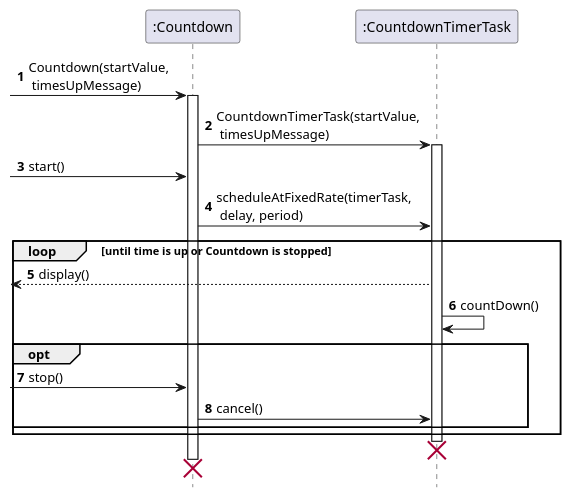
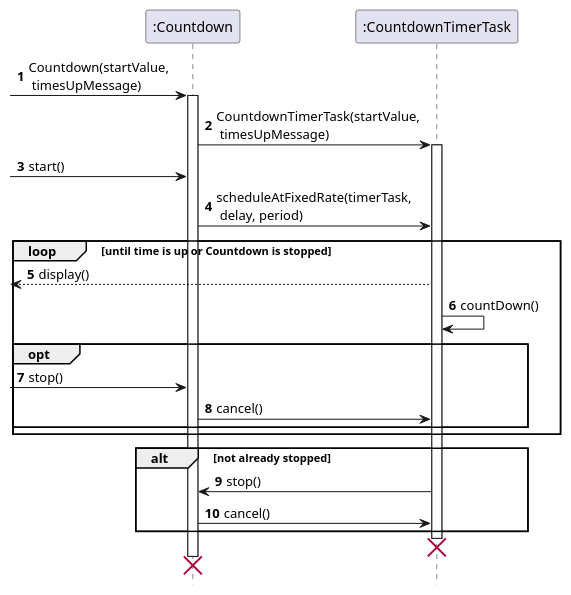
Before and after one commit to xkisxk/tp: the diagram in docs/uml/countdownSeqDiagram.puml, drawn with PlantUML. The commit also changed 1 other file, not shown here.

Commit message:
Update UML sequence diagram for Countdown

```diff
--- a/docs/uml/countdownSeqDiagram.puml
+++ b/docs/uml/countdownSeqDiagram.puml
@@ -1,28 +1,33 @@
 @startuml
 hide footbox
 autonumber
 
 participant ":Countdown" as Countdown
 participant ":CountdownTimerTask" as CountdownTimerTask
 
 [->Countdown: Countdown(startValue,\n timesUpMessage)
 activate Countdown
 Countdown->CountdownTimerTask: CountdownTimerTask(startValue,\n timesUpMessage)
 activate CountdownTimerTask
 [->Countdown: start()
 Countdown->CountdownTimerTask: scheduleAtFixedRate(timerTask,\n delay, period)
 
 loop until time is up or Countdown is stopped
 [<--CountdownTimerTask: display()
 CountdownTimerTask->CountdownTimerTask: countDown()
-opt
-[->Countdown: stop()
+    opt
+    [->Countdown: stop()
+    Countdown->CountdownTimerTask: cancel()
+    end
+end
+
+alt not already stopped
+CountdownTimerTask->Countdown: stop()
 Countdown->CountdownTimerTask: cancel()
-end
 end
 
 deactivate CountdownTimerTask
 destroy CountdownTimerTask
 deactivate Countdown
 destroy Countdown
 @enduml
```
